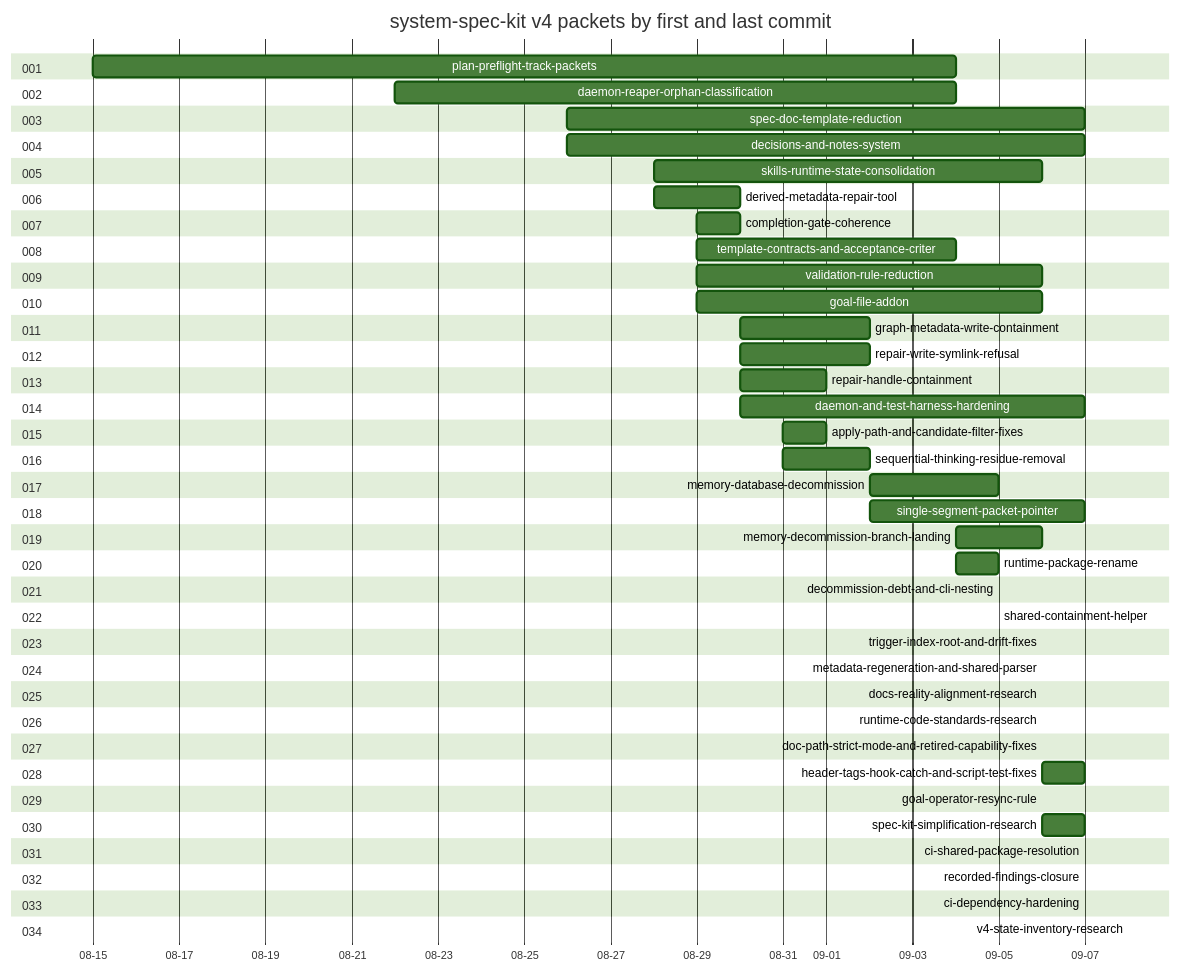
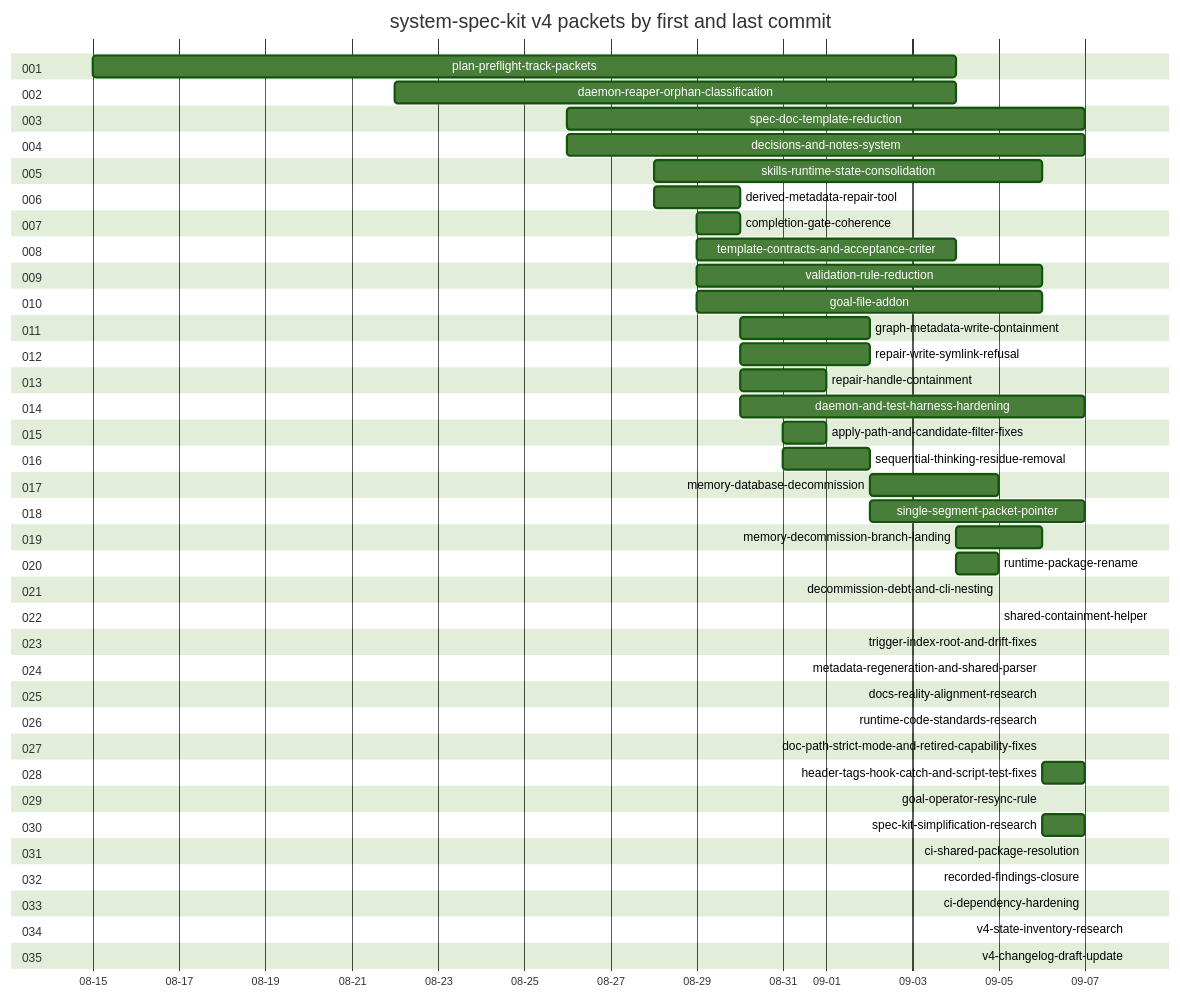
Before and after one commit to MichelKerkmeester/skilled-agent-harness_spec-driven-loops: the diagram in specs/system-speckit/033-system-speckit-v4/timeline.md, drawn with Mermaid (forest theme). The commit also changed other lines of this file and 61 other files, not shown here.

First line of the commit message:
docs(specs): bring the v4 changelog draft in line with the repository

````diff
--- a/specs/system-speckit/033-system-speckit-v4/timeline.md
+++ b/specs/system-speckit/033-system-speckit-v4/timeline.md
@@ -142,74 +144,76 @@
 ```mermaid
 gantt
     title system-spec-kit v4 packets by first and last commit
     dateFormat YYYY-MM-DD
     axisFormat %m-%d
     section 001
     plan-preflight-track-packets :2026-08-15, 2026-09-04
     section 002
     daemon-reaper-orphan-classification :2026-08-22, 2026-09-04
     section 003
     spec-doc-template-reduction :2026-08-26, 2026-09-07
     section 004
     decisions-and-notes-system :2026-08-26, 2026-09-07
     section 005
     skills-runtime-state-consolidation :2026-08-28, 2026-09-06
     section 006
     derived-metadata-repair-tool :2026-08-28, 2026-08-30
     section 007
     completion-gate-coherence :2026-08-29, 2026-08-30
     section 008
     template-contracts-and-acceptance-criter :2026-08-29, 2026-09-04
     section 009
     validation-rule-reduction :2026-08-29, 2026-09-06
     section 010
     goal-file-addon :2026-08-29, 2026-09-06
     section 011
     graph-metadata-write-containment :2026-08-30, 2026-09-02
     section 012
     repair-write-symlink-refusal :2026-08-30, 2026-09-02
     section 013
     repair-handle-containment :2026-08-30, 2026-09-01
     section 014
     daemon-and-test-harness-hardening :2026-08-30, 2026-09-07
     section 015
     apply-path-and-candidate-filter-fixes :2026-08-31, 2026-09-01
     section 016
     sequential-thinking-residue-removal :2026-08-31, 2026-09-02
     section 017
     memory-database-decommission :2026-09-02, 2026-09-05
     section 018
     single-segment-packet-pointer :2026-09-02, 2026-09-07
     section 019
     memory-decommission-branch-landing :2026-09-04, 2026-09-06
     section 020
     runtime-package-rename :2026-09-04, 2026-09-05
     section 021
     decommission-debt-and-cli-nesting :2026-09-05, 2026-09-05
     section 022
     shared-containment-helper :2026-09-05, 2026-09-05
     section 023
     trigger-index-root-and-drift-fixes :2026-09-06, 2026-09-06
     section 024
     metadata-regeneration-and-shared-parser :2026-09-06, 2026-09-06
     section 025
     docs-reality-alignment-research :2026-09-06, 2026-09-06
     section 026
     runtime-code-standards-research :2026-09-06, 2026-09-06
     section 027
     doc-path-strict-mode-and-retired-capability-fixes :2026-09-06, 2026-09-06
     section 028
     header-tags-hook-catch-and-script-test-fixes :2026-09-06, 2026-09-07
     section 029
     goal-operator-resync-rule :2026-09-06, 2026-09-06
     section 030
     spec-kit-simplification-research :2026-09-06, 2026-09-07
     section 031
     ci-shared-package-resolution :2026-09-07, 2026-09-07
     section 032
     recorded-findings-closure :2026-09-07, 2026-09-07
     section 033
     ci-dependency-hardening :2026-09-07, 2026-09-07
     section 034
     v4-state-inventory-research :2026-09-08, 2026-09-08
+    section 035
+    v4-changelog-draft-update :2026-09-08, 2026-09-08
 ```
````
